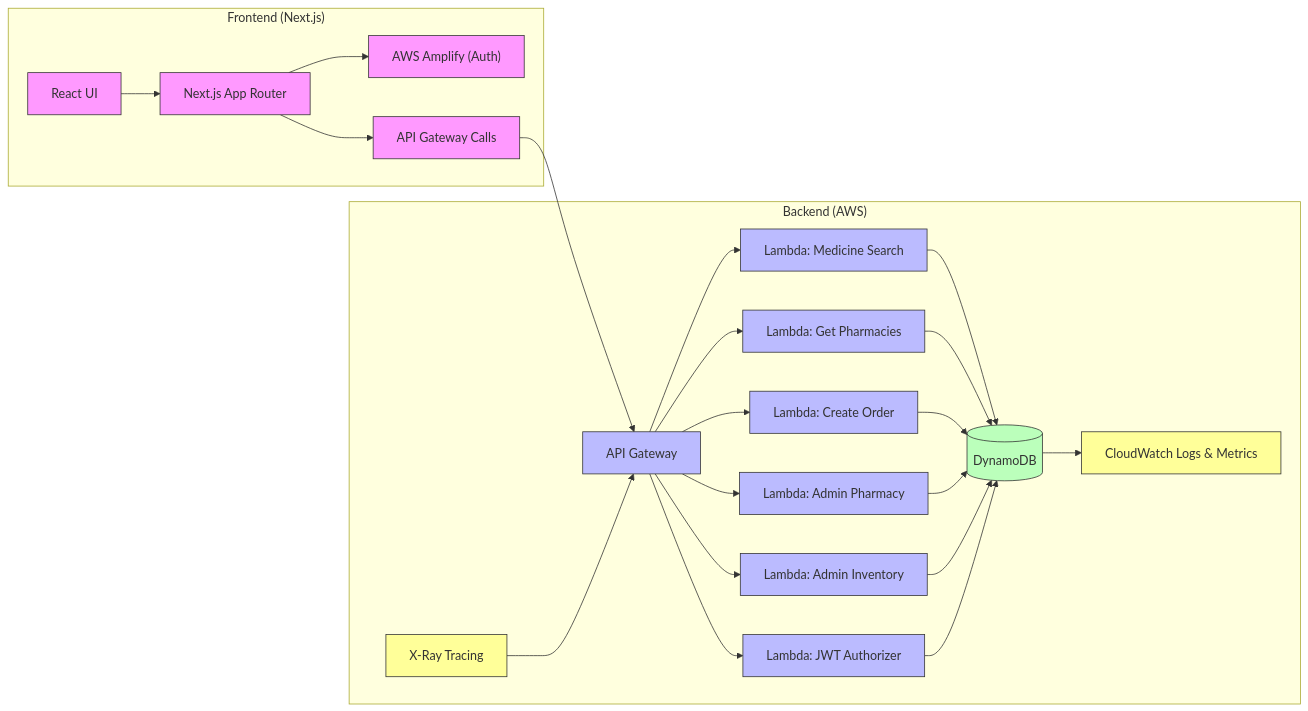
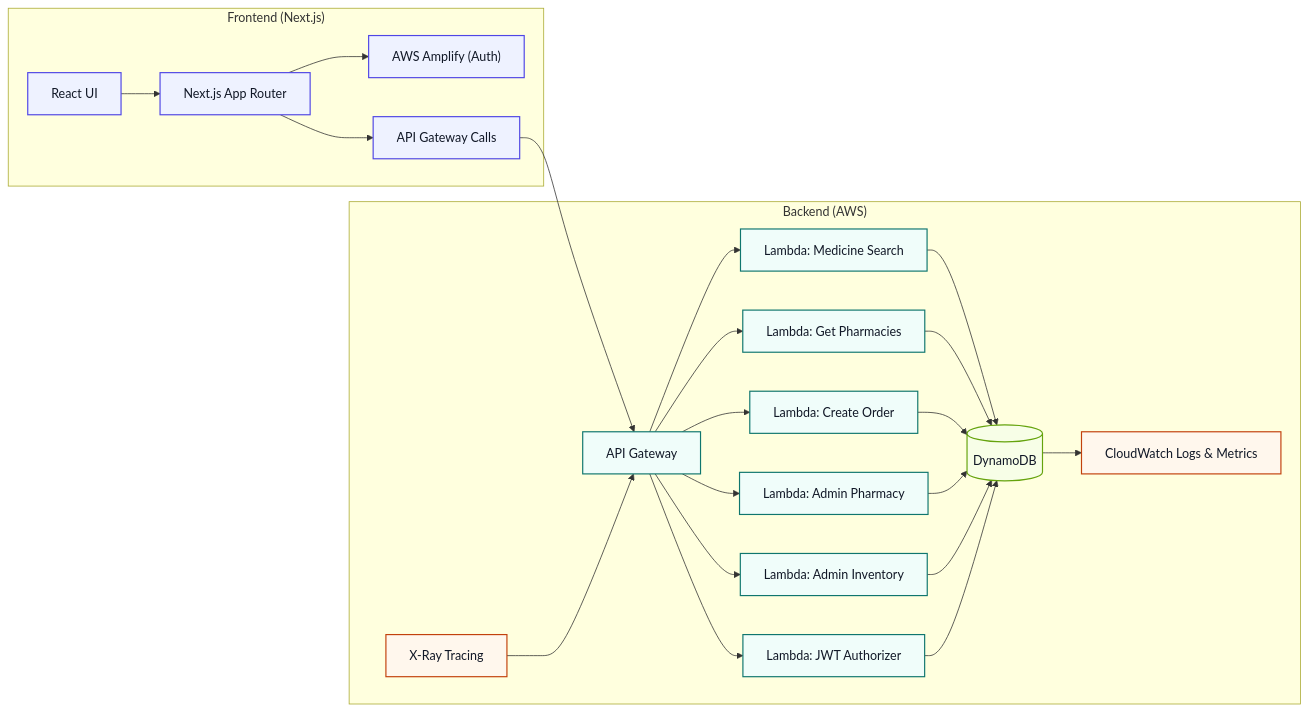
Before and after one commit to s-aduk/MediFind: the first of 2 diagrams in README.md, drawn with Mermaid.

````diff
--- a/README.md
+++ b/README.md
@@ -44,39 +44,36 @@
 ```mermaid
 flowchart LR
     subgraph Frontend["Frontend (Next.js)"]
-        A[React UI] --> B[Next.js App Router]
+        A["React UI"] --> B["Next.js App Router"]
         B --> C["AWS Amplify (Auth)"]
-        B --> D[API Gateway Calls]
+        B --> D["API Gateway Calls"]
     end
+
     subgraph Backend["Backend (AWS)"]
-        D --> E[API Gateway]
-        E --> F[Lambda: Medicine Search]
-        E --> G[Lambda: Get Pharmacies]
-        E --> H[Lambda: Create Order]
-        E --> I[Lambda: Admin Pharmacy]
-        E --> J[Lambda: Admin Inventory]
-        E --> K[Lambda: JWT Authorizer]
-        F --> L[(DynamoDB)]
+        D --> E["API Gateway"]
+        E --> F["Lambda: Medicine Search"]
+        E --> G["Lambda: Get Pharmacies"]
+        E --> H["Lambda: Create Order"]
+        E --> I["Lambda: Admin Pharmacy"]
+        E --> J["Lambda: Admin Inventory"]
+        E --> K["Lambda: JWT Authorizer"]
+        F --> L[("DynamoDB")]
         G --> L
         H --> L
         I --> L
         J --> L
         K --> L
-        L --> M[CloudWatch Logs & Metrics]
-        N[X-Ray Tracing] --> E
+        L --> M["CloudWatch Logs & Metrics"]
+        N["X-Ray Tracing"] --> E
     end
-    style A fill:#f9f,stroke:#333,stroke-width:1px
-    style B fill:#f9f,stroke:#333,stroke-width:1px
-    style C fill:#f9f,stroke:#333,stroke-width:1px
-    style D fill:#f9f,stroke:#333,stroke-width:1px
-    style E fill:#bbf,stroke:#333,stroke-width:1px
-    style F fill:#bbf,stroke:#333,stroke-width:1px
-    style G fill:#bbf,stroke:#333,stroke-width:1px
-    style H fill:#bbf,stroke:#333,stroke-width:1px
-    style I fill:#bbf,stroke:#333,stroke-width:1px
-    style J fill:#bbf,stroke:#333,stroke-width:1px
-    style K fill:#bbf,stroke:#333,stroke-width:1px
-    style L fill:#bfb,stroke:#333,stroke-width:1px
-    style M fill:#ff9,stroke:#333,stroke-width:1px
-    style N fill:#ff9,stroke:#333,stroke-width:1px
+
+    classDef frontend fill:#eef2ff,stroke:#4f46e5,color:#111827,stroke-width:1.5px;
+    classDef backend fill:#f0fdfa,stroke:#0f766e,color:#111827,stroke-width:1.5px;
+    classDef data fill:#f7fee7,stroke:#65a30d,color:#111827,stroke-width:1.5px;
+    classDef observability fill:#fff7ed,stroke:#c2410c,color:#111827,stroke-width:1.5px;
+
+    class A,B,C,D frontend;
+    class E,F,G,H,I,J,K backend;
+    class L data;
+    class M,N observability;
 ```
````
